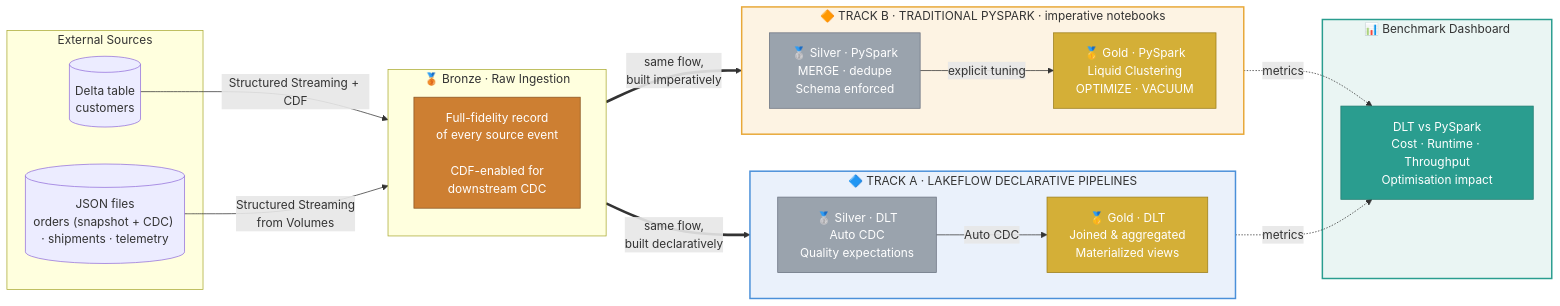
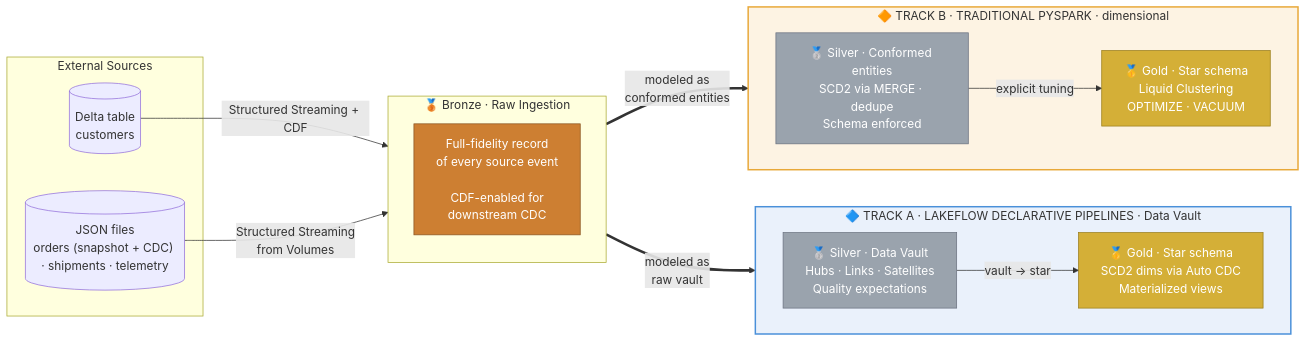
One commit to schmucas/databricks_de_professional_practice changed the second of 5 diagrams in README.md. Above: the diagram before and after it, drawn with Mermaid. The commit also changed other lines of this file, not shown here.

````diff
--- a/README.md
+++ b/README.md
@@ -124,50 +124,41 @@
 ```mermaid
 flowchart LR
     subgraph Sources["External Sources"]
         S1[("Delta table<br/>customers")]
         S2[("JSON files<br/>orders (snapshot + CDC) · shipments · telemetry")]
     end
 
     subgraph Bronze["🥉 Bronze · Raw Ingestion"]
         B["Full-fidelity record<br/>of every source event<br/><br/>CDF-enabled for<br/>downstream CDC"]
     end
 
-    subgraph dlt_track["🔷 TRACK A · LAKEFLOW DECLARATIVE PIPELINES"]
+    subgraph dlt_track["🔷 TRACK A · LAKEFLOW DECLARATIVE PIPELINES · Data Vault"]
         direction LR
-        SV1["🥈 Silver · DLT<br/>Auto CDC<br/>Quality expectations"]
-        G1["🥇 Gold · DLT<br/>Joined & aggregated<br/>Materialized views"]
-        SV1 -->|"Auto CDC"| G1
+        SV1["🥈 Silver · Data Vault<br/>Hubs · Links · Satellites<br/>Quality expectations"]
+        G1["🥇 Gold · Star schema<br/>SCD2 dims via Auto CDC<br/>Materialized views"]
+        SV1 -->|"vault → star"| G1
     end
 
-    subgraph psp_track["🔶 TRACK B · TRADITIONAL PYSPARK · imperative notebooks"]
+    subgraph psp_track["🔶 TRACK B · TRADITIONAL PYSPARK · dimensional"]
         direction LR
-        SV2["🥈 Silver · PySpark<br/>MERGE · dedupe<br/>Schema enforced"]
-        G2["🥇 Gold · PySpark<br/>Liquid Clustering<br/>OPTIMIZE · VACUUM"]
+        SV2["🥈 Silver · Conformed entities<br/>SCD2 via MERGE · dedupe<br/>Schema enforced"]
+        G2["🥇 Gold · Star schema<br/>Liquid Clustering<br/>OPTIMIZE · VACUUM"]
         SV2 -->|"explicit tuning"| G2
-    end
-
-    subgraph bench["📊 Benchmark Dashboard"]
-        CMP["DLT vs PySpark<br/>Cost · Runtime · Throughput<br/>Optimisation impact"]
     end
 
     S1 -->|"Structured Streaming + CDF"| Bronze
     S2 -->|"Structured Streaming<br/>from Volumes"| Bronze
-    Bronze ==>|"same flow,<br/>built declaratively"| SV1
-    Bronze ==>|"same flow,<br/>built imperatively"| SV2
-    G1 -.->|"metrics"| CMP
-    G2 -.->|"metrics"| CMP
+    Bronze ==>|"modeled as<br/>raw vault"| SV1
+    Bronze ==>|"modeled as<br/>conformed entities"| SV2
 
     classDef bronze fill:#cd7f32,stroke:#8a5522,color:#fff
     classDef silver fill:#9aa3ad,stroke:#6b7280,color:#fff
     classDef gold   fill:#d4af37,stroke:#9a7d1a,color:#fff
-    classDef bench  fill:#2a9d8f,stroke:#1f7a6f,color:#fff
 
     class B bronze
     class SV1,SV2 silver
     class G1,G2 gold
-    class CMP bench
 
     style dlt_track fill:#eaf1fb,stroke:#4a90d9,stroke-width:2px
     style psp_track fill:#fdf3e3,stroke:#e8a838,stroke-width:2px
-    style bench     fill:#eaf5f3,stroke:#2a9d8f,stroke-width:2px
 ```
````
